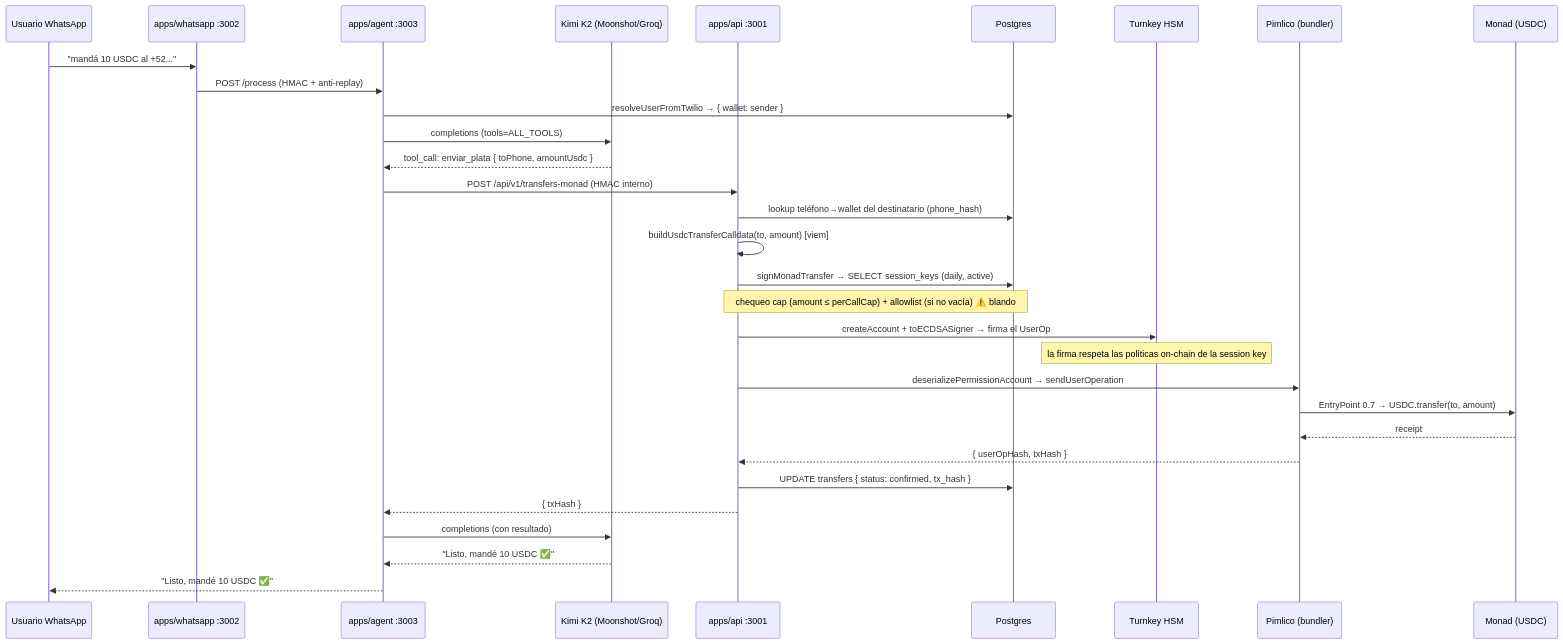
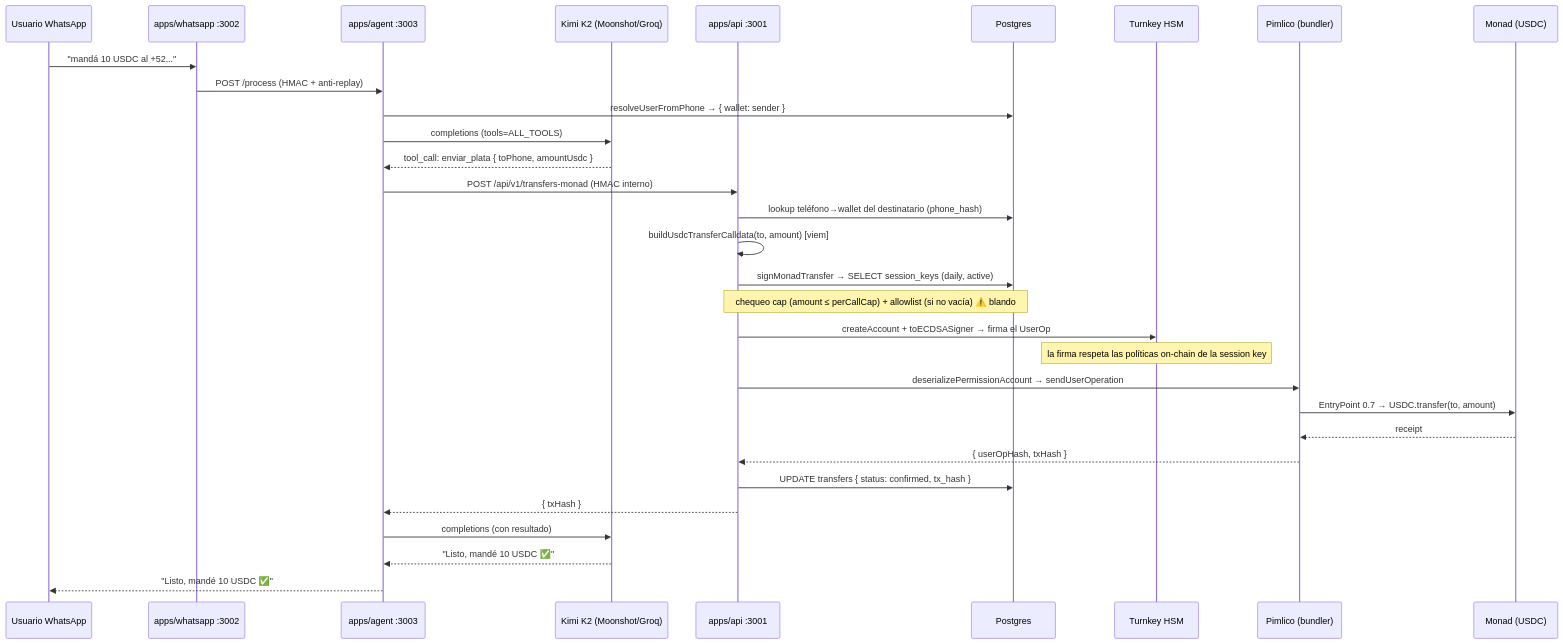
One commit to Firrton/comadre changed the second of 9 diagrams in docs/FLOWS.md. Above: the diagram before and after it, drawn with Mermaid. The commit also changed other lines of this file and 7 other files, not shown here.

````diff
--- a/docs/FLOWS.md
+++ b/docs/FLOWS.md
@@ -137,34 +137,34 @@
 ```mermaid
 sequenceDiagram
   participant U as Usuario WhatsApp
   participant W as apps/whatsapp :3002
   participant A as apps/agent :3003
   participant K as Kimi K2 (Moonshot/Groq)
   participant API as apps/api :3001
   participant DB as Postgres
   participant TK as Turnkey HSM
   participant PIM as Pimlico (bundler)
   participant MON as Monad (USDC)
 
   U->>W: "mandá 10 USDC al +52..."
   W->>A: POST /process (HMAC + anti-replay)
-  A->>DB: resolveUserFromTwilio → { wallet: sender }
+  A->>DB: resolveUserFromPhone → { wallet: sender }
   A->>K: completions (tools=ALL_TOOLS)
   K-->>A: tool_call: enviar_plata { toPhone, amountUsdc }
   A->>API: POST /api/v1/transfers-monad (HMAC interno)
   API->>DB: lookup teléfono→wallet del destinatario (phone_hash)
   API->>API: buildUsdcTransferCalldata(to, amount)  [viem]
   API->>DB: signMonadTransfer → SELECT session_keys (daily, active)
   Note over API,DB: chequeo cap (amount ≤ perCallCap) + allowlist (si no vacía) ⚠️ blando
   API->>TK: createAccount + toECDSASigner → firma el UserOp
   Note over TK: la firma respeta las políticas on-chain de la session key
   API->>PIM: deserializePermissionAccount → sendUserOperation
   PIM->>MON: EntryPoint 0.7 → USDC.transfer(to, amount)
   MON-->>PIM: receipt
   PIM-->>API: { userOpHash, txHash }
   API->>DB: UPDATE transfers { status: confirmed, tx_hash }
   API-->>A: { txHash }
   A->>K: completions (con resultado)
   K-->>A: "Listo, mandé 10 USDC ✅"
   A-->>U: "Listo, mandé 10 USDC ✅"
 ```
````
